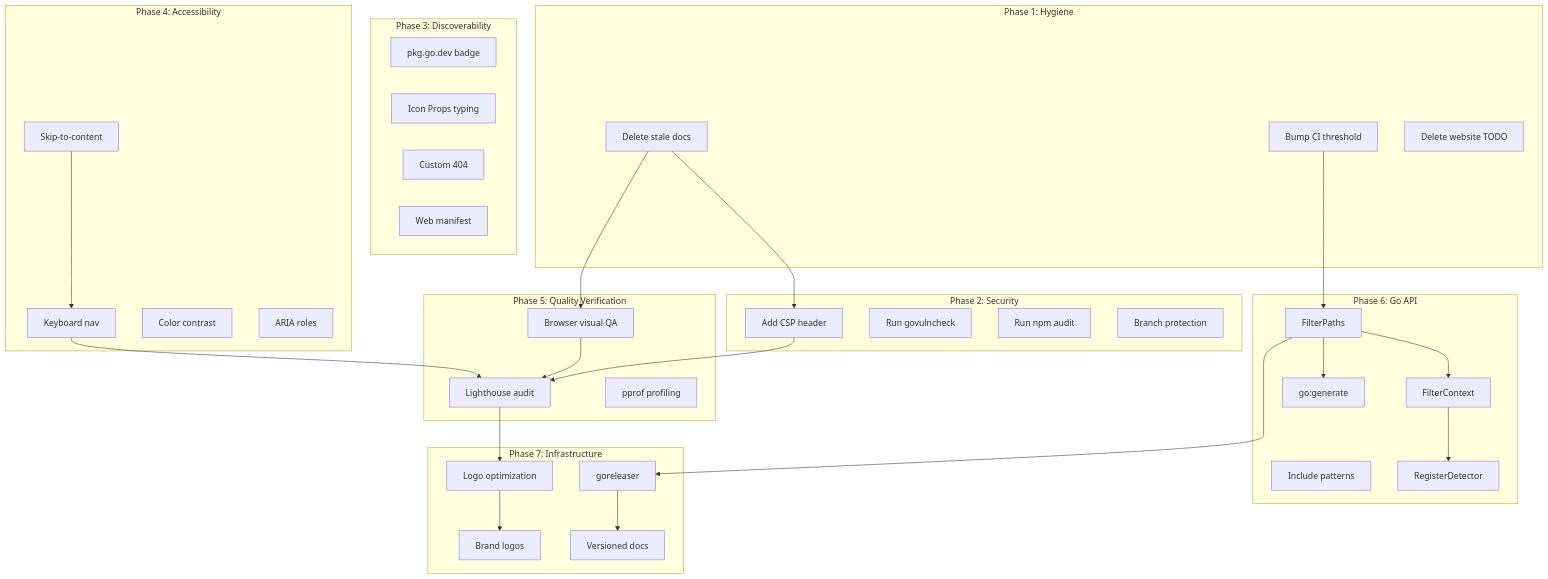
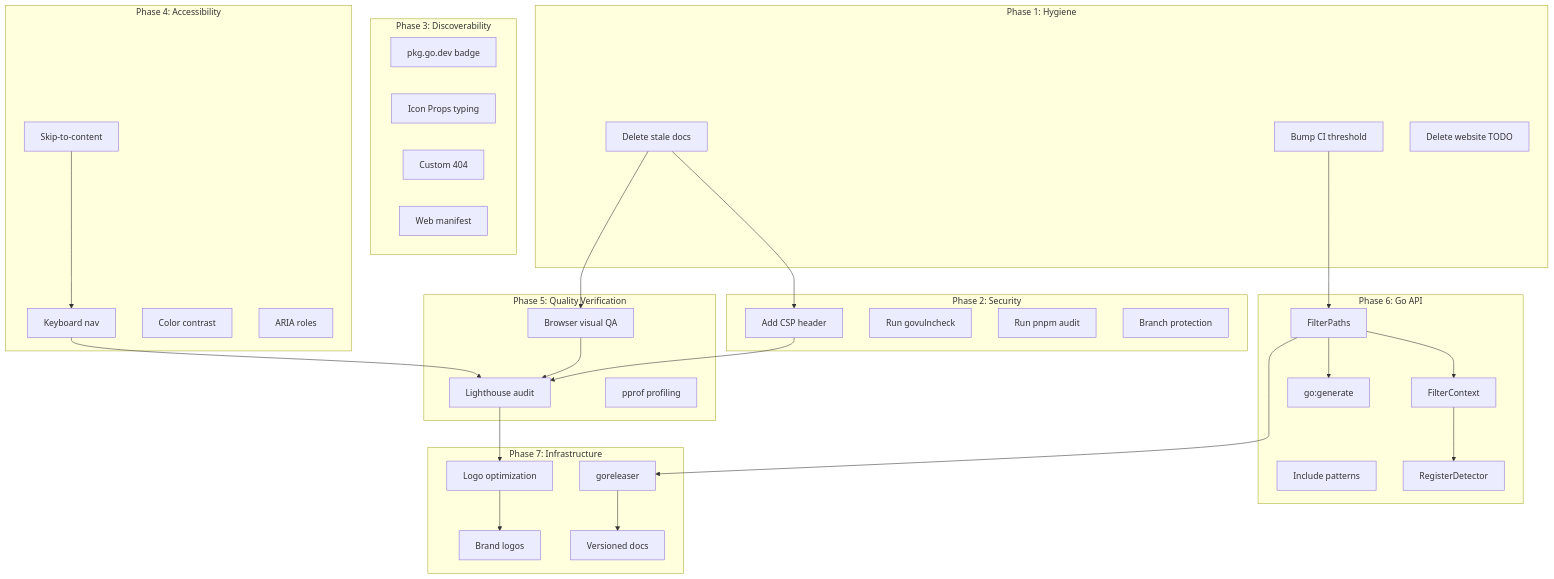
Before and after one commit to LarsArtmann/gogenfilter: the diagram in docs/status/archive/2026-05-04_16-10_comprehensive-execution-plan.md, drawn with Mermaid. The commit also changed other lines of this file and 68 other files, not shown here.

First line of the commit message:
feat(website): migrate package manager from npm to pnpm

````diff
--- a/docs/status/archive/2026-05-04_16-10_comprehensive-execution-plan.md
+++ b/docs/status/archive/2026-05-04_16-10_comprehensive-execution-plan.md
@@ -229,65 +229,65 @@
 ```mermaid
 graph TD
     subgraph "Phase 1: Hygiene"
         A1[Delete stale docs]
         A3[Bump CI threshold]
         A4[Delete website TODO]
     end
 
     subgraph "Phase 2: Security"
         B1[Add CSP header]
         B2[Run govulncheck]
-        B3[Run npm audit]
+        B3[Run pnpm audit]
         B4[Branch protection]
     end
 
     subgraph "Phase 3: Discoverability"
         C1[pkg.go.dev badge]
         C2[Icon Props typing]
         C3[Custom 404]
         C4[Web manifest]
     end
 
     subgraph "Phase 4: Accessibility"
         D1[Skip-to-content]
         D2[Keyboard nav]
         D3[Color contrast]
         D4[ARIA roles]
     end
 
     subgraph "Phase 5: Quality Verification"
         E1[Browser visual QA]
         E2[Lighthouse audit]
         E3[pprof profiling]
     end
 
     subgraph "Phase 6: Go API"
         F1[FilterPaths]
         F2[FilterContext]
         F3[Include patterns]
         F4[RegisterDetector]
         F5[go:generate]
     end
 
     subgraph "Phase 7: Infrastructure"
         G1[goreleaser]
         G2[Versioned docs]
         G3[Logo optimization]
         G4[Brand logos]
     end
 
     A1 --> B1
     A1 --> E1
     A3 --> F1
     B1 --> E2
     E1 --> E2
     D1 --> D2
     D2 --> E2
     F1 --> F2
     F2 --> F4
     F1 --> F5
     F1 --> G1
     G1 --> G2
     E2 --> G3
     G3 --> G4
 ```
````
